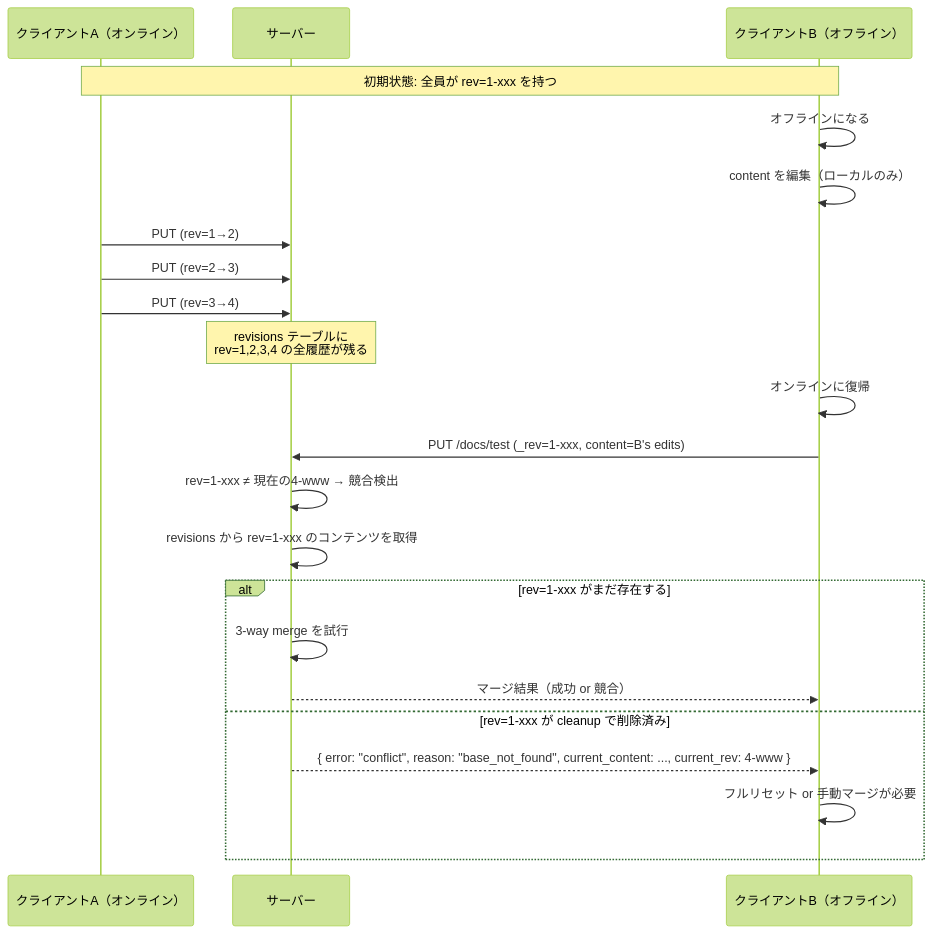
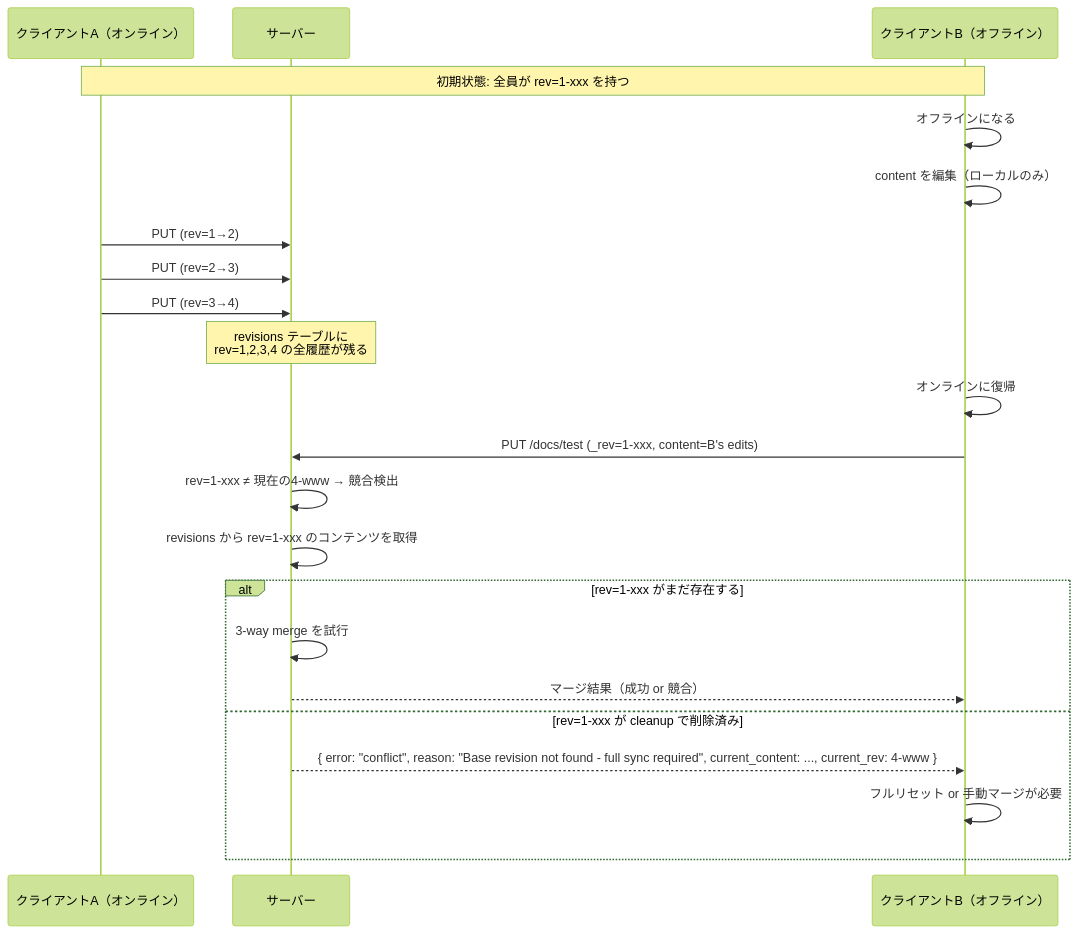
One commit to OJII3/obsidian-sync-workers changed the fourth of 4 diagrams in CLAUDE.md. Above: the diagram before and after it, drawn with Mermaid (forest theme). The commit also changed other lines of this file and 1 other file, not shown here.

````diff
--- a/CLAUDE.md
+++ b/CLAUDE.md
@@ -457,30 +457,30 @@
 ```mermaid
 sequenceDiagram
     participant A as クライアントA（オンライン）
     participant S as サーバー
     participant B as クライアントB（オフライン）
 
     Note over A,B: 初期状態: 全員が rev=1-xxx を持つ
 
     B->>B: オフラインになる
     B->>B: content を編集（ローカルのみ）
 
     A->>S: PUT (rev=1→2)
     A->>S: PUT (rev=2→3)
     A->>S: PUT (rev=3→4)
 
     Note over S: revisions テーブルに<br/>rev=1,2,3,4 の全履歴が残る
 
     B->>B: オンラインに復帰
 
     B->>S: PUT /docs/test (_rev=1-xxx, content=B's edits)
     S->>S: rev=1-xxx ≠ 現在の4-www → 競合検出
     S->>S: revisions から rev=1-xxx のコンテンツを取得
     alt rev=1-xxx がまだ存在する
         S->>S: 3-way merge を試行
         S-->>B: マージ結果（成功 or 競合）
     else rev=1-xxx が cleanup で削除済み
-        S-->>B: { error: "conflict", reason: "base_not_found", current_content: ..., current_rev: 4-www }
+        S-->>B: { error: "conflict", reason: "Base revision not found - full sync required", current_content: ..., current_rev: 4-www }
         B->>B: フルリセット or 手動マージが必要
     end
 ```
````
